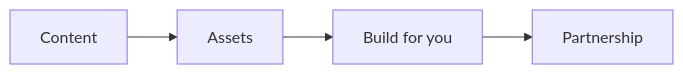
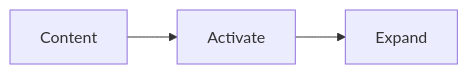
Before and after one commit to redrhino-online/red-canon: the first of 6 diagrams in docs/method/develop-audience.md, drawn with Mermaid. The commit also changed other lines of this file and 10 other files, not shown here.

````diff
--- a/docs/method/develop-audience.md
+++ b/docs/method/develop-audience.md
@@ -7,4 +7,4 @@
 ```mermaid
 flowchart LR
-    A[Content] --> B[Assets] --> C[Build for you] --> D[Partnership]
+    A[Content] --> B[Activate] --> C[Expand]
 ```
````
